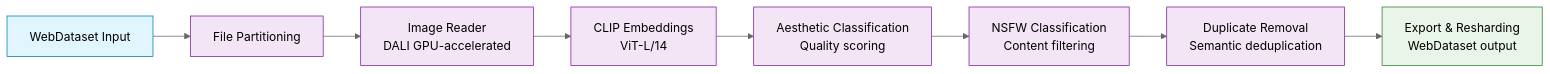
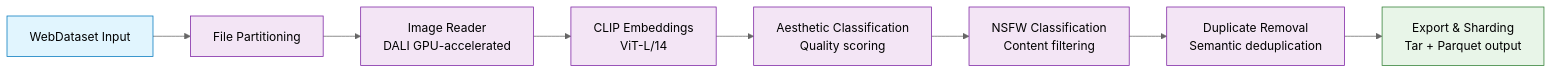
Before and after one commit to lbliii/NeMo-Curator: the diagram in docs/curate-images/index.md, drawn with Mermaid (neutral theme). The commit also changed 3 other files, not shown here.

Commit message:
no web dataset -- feedback updates

````diff
--- a/docs/curate-images/index.md
+++ b/docs/curate-images/index.md
@@ -30,18 +30,18 @@
 ```{mermaid}
 flowchart LR
     A[WebDataset Input] --> B[File Partitioning]
     B --> C[Image Reader<br/>DALI GPU-accelerated]
     C --> D[CLIP Embeddings<br/>ViT-L/14]
     D --> E[Aesthetic Classification<br/>Quality scoring]
     E --> F[NSFW Classification<br/>Content filtering]
     F --> G[Duplicate Removal<br/>Semantic deduplication]
-    G --> H[Export & Resharding<br/>WebDataset output]
+    G --> H[Export & Sharding<br/>Tar + Parquet output]
     
     classDef input fill:#e1f5fe,stroke:#0277bd,color:#000
     classDef processing fill:#f3e5f5,stroke:#7b1fa2,color:#000
     classDef output fill:#e8f5e8,stroke:#2e7d32,color:#000
     
     class A input
     class B,C,D,E,F,G processing
     class H output
 ```
````
